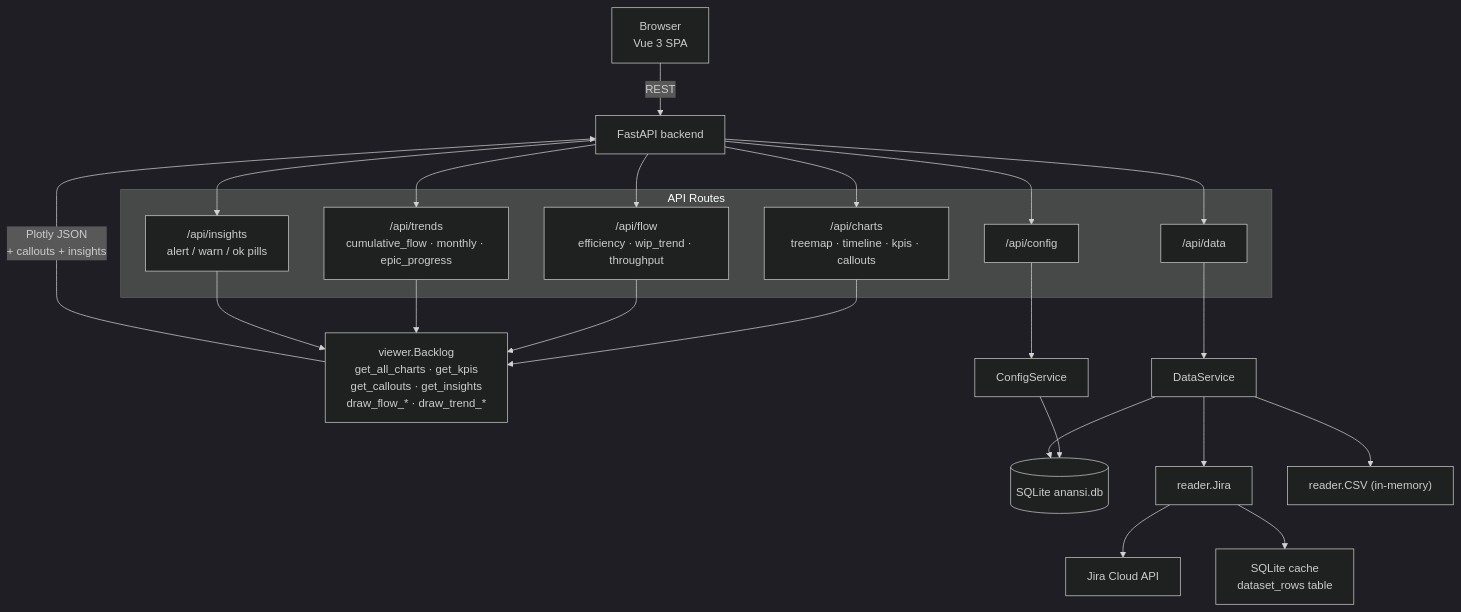
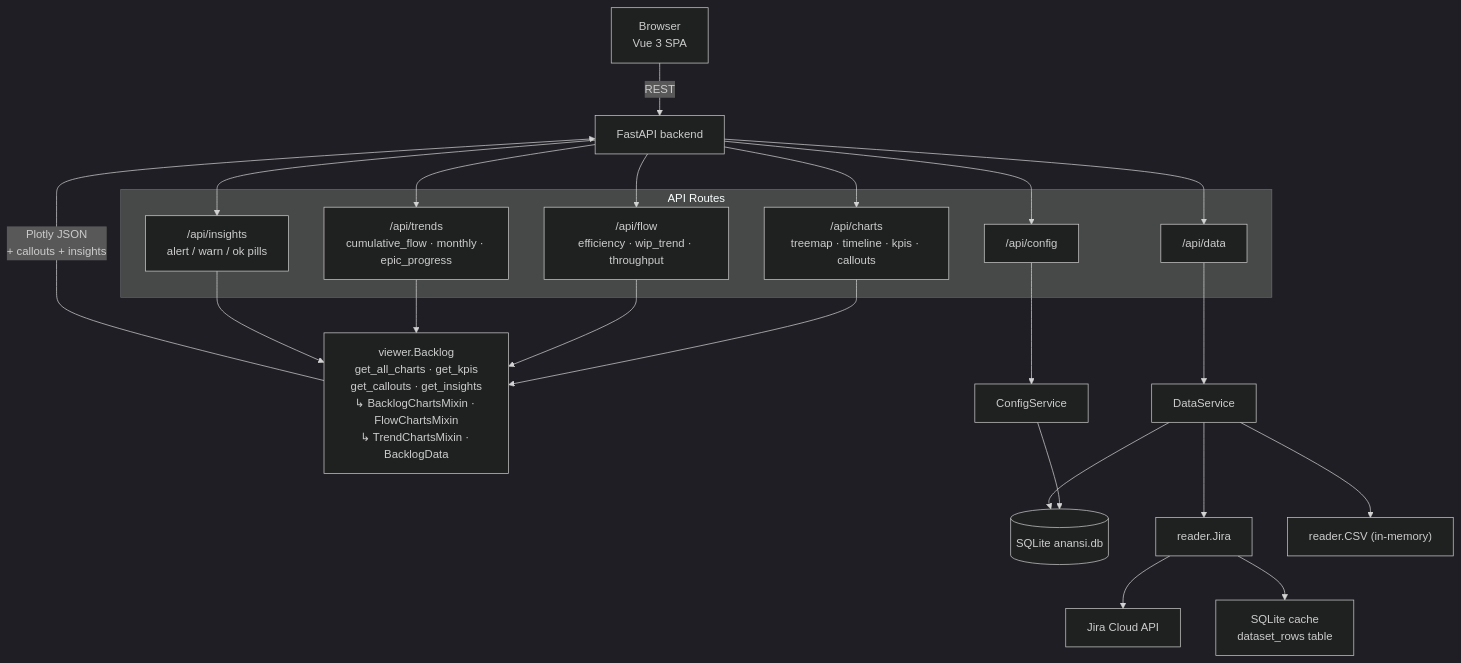
The first of 7 diagrams in docs/diagrams/architecture.md (goncalovalverde/anansi), drawn with Mermaid (dark theme) before and after one commit. The commit also changed other lines of this file and 18 other files, not shown here.

````diff
--- a/docs/diagrams/architecture.md
+++ b/docs/diagrams/architecture.md
@@ -5,37 +5,37 @@
 ```mermaid
 graph TD
     Browser["Browser\nVue 3 SPA"] -->|REST| FastAPI["FastAPI backend"]
 
     subgraph api ["API Routes"]
         ChartsAPI["/api/charts\ntreemap · timeline · kpis · callouts"]
         FlowAPI["/api/flow\nefficiency · wip_trend · throughput"]
         TrendsAPI["/api/trends\ncumulative_flow · monthly · epic_progress"]
         InsightsAPI["/api/insights\nalert / warn / ok pills"]
         ConfigAPI["/api/config"]
         DataAPI["/api/data"]
     end
 
     FastAPI --> ChartsAPI
     FastAPI --> FlowAPI
     FastAPI --> TrendsAPI
     FastAPI --> InsightsAPI
     FastAPI --> ConfigAPI
     FastAPI --> DataAPI
 
-    ChartsAPI  --> BacklogViewer["viewer.Backlog\nget_all_charts · get_kpis\nget_callouts · get_insights\ndraw_flow_* · draw_trend_*"]
+    ChartsAPI  --> BacklogViewer["viewer.Backlog\nget_all_charts · get_kpis\nget_callouts · get_insights\n↳ BacklogChartsMixin · FlowChartsMixin\n↳ TrendChartsMixin · BacklogData"]
     FlowAPI    --> BacklogViewer
     TrendsAPI  --> BacklogViewer
     InsightsAPI --> BacklogViewer
 
     ConfigAPI --> ConfigSvc[ConfigService]
     DataAPI   --> DataSvc[DataService]
 
     ConfigSvc --> SQLite[("SQLite anansi.db")]
     DataSvc   --> SQLite
     DataSvc   --> JiraReader["reader.Jira"]
     DataSvc   --> CSVReader["reader.CSV (in-memory)"]
     JiraReader --> JiraAPI["Jira Cloud API"]
     JiraReader --> SQLiteCache["SQLite cache\ndataset_rows table"]
 
     BacklogViewer -->|"Plotly JSON\n+ callouts + insights"| FastAPI
 ```
````
